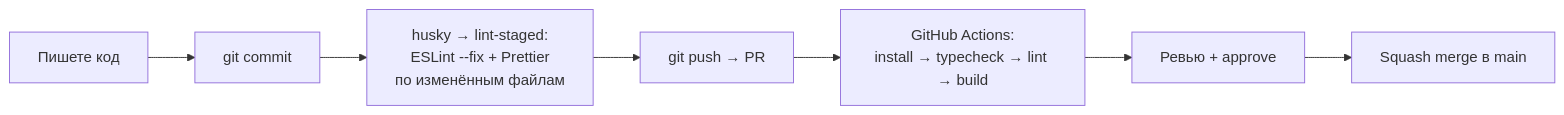
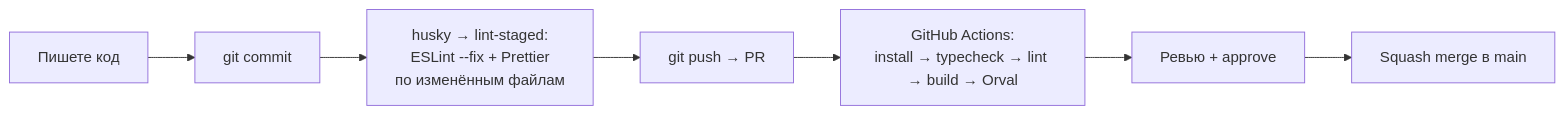
The diagram in apps/web/docs/tooling.md (project-messenger/monorepo-app), drawn with Mermaid before and after one commit. The commit also changed other lines of this file and 1 other file, not shown here.

First line of the commit message:
docs: KAN-7 update workflow and tooling guides to team git rules

````diff
--- a/apps/web/docs/tooling.md
+++ b/apps/web/docs/tooling.md
@@ -7,9 +7,9 @@
 ```mermaid
 flowchart LR
     Edit["Пишете код"] --> Commit["git commit"]
     Commit --> Hook["husky → lint-staged:<br/>ESLint --fix + Prettier<br/>по изменённым файлам"]
     Hook --> Push["git push → PR"]
-    Push --> CI["GitHub Actions:<br/>install → typecheck → lint → build"]
+    Push --> CI["GitHub Actions:<br/>install → typecheck → lint → build → Orval"]
     CI --> Review["Ревью + approve"]
     Review --> Merge["Squash merge в main"]
 ```
````
